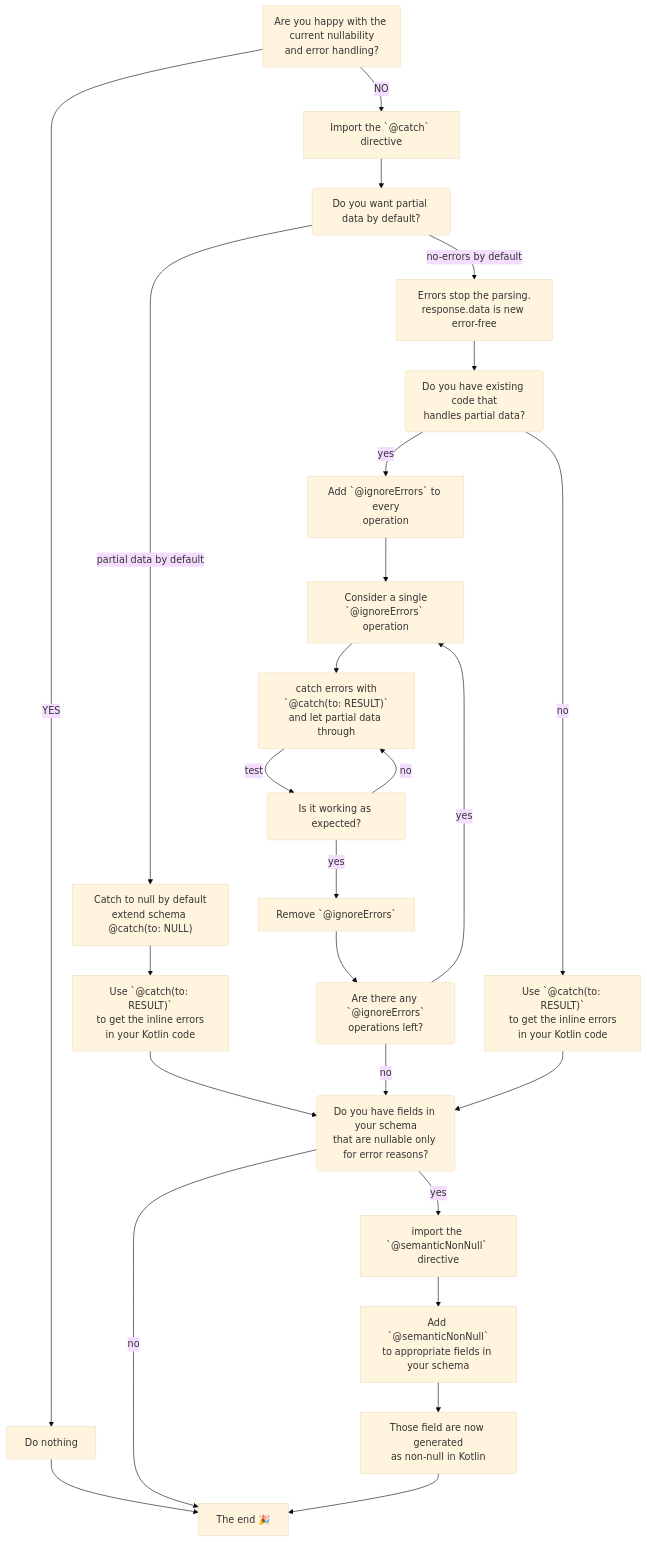
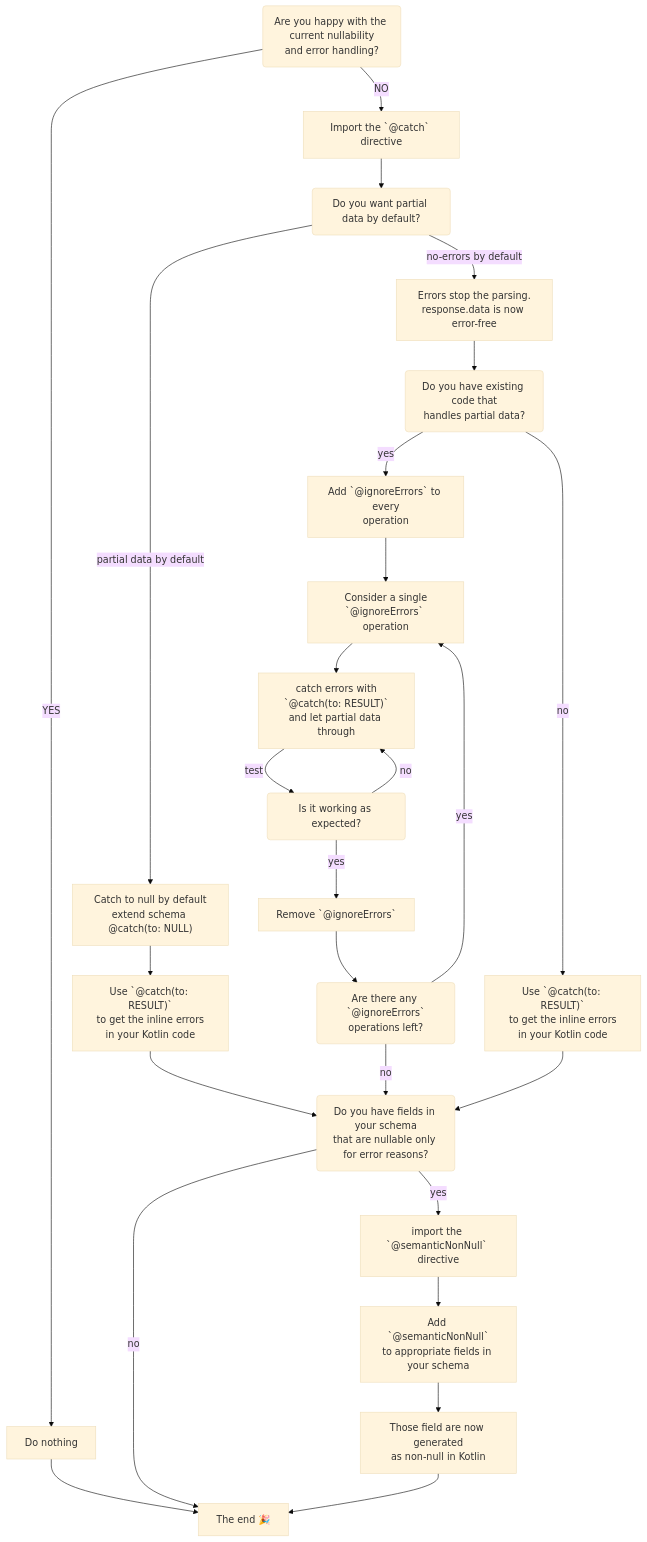
One commit to apollographql/apollo-kotlin changed the diagram in docs/source/advanced/nullability.mdx. Above: the diagram before and after it, drawn with Mermaid (base theme).

````diff
--- a/docs/source/advanced/nullability.mdx
+++ b/docs/source/advanced/nullability.mdx
@@ -235,28 +235,28 @@
 ```mermaid
 flowchart TD
     A("Are you happy with the current nullability\nand error handling?") --> |YES| B["Do nothing"]
     B --> V
     A --> |NO| D["Import the `@catch` directive"]
     D --> E("Do you want partial data by default?")
     E --> |partial data by default| F["Catch to null by default\nextend schema @catch(to: NULL)"]
     F --> J["Use `@catch(to: RESULT)`\nto get the inline errors\nin your Kotlin code"]
     J --> H("Do you have fields in your schema\nthat are nullable only for error reasons?")
     H --> |no|V
     H --> |yes|I["import the `@semanticNonNull` directive"]
     I --> K["Add `@semanticNonNull`\nto appropriate fields in your schema"]
     K --> L["Those field are now generated\nas non-null in Kotlin"]
     L --> V["The end 🎉"]
-    E --> |no-errors by default| P["Errors stop the parsing.\nresponse.data is new error-free"]
+    E --> |no-errors by default| P["Errors stop the parsing.\nresponse.data is now error-free"]
     P --> G("Do you have existing code that\nhandles partial data?")
     M --> R["Consider a single\n`@ignoreErrors` operation"]
     R --> O["catch errors with\n`@catch(to: RESULT)`\nand let partial data through"]
     O --> |test|Q("Is it working as expected?")
     Q --> |yes|S["Remove `@ignoreErrors`"]
     S --> T("Are there any `@ignoreErrors`\noperations left?")
     T --> |yes|R
     T --> |no|H
     Q --> |no|O
     G --> |yes| M["Add `@ignoreErrors` to every\noperation"]
     G --> |no|N["Use `@catch(to: RESULT)`\nto get the inline errors\nin your Kotlin code"]
     N --> H
 ```
````
